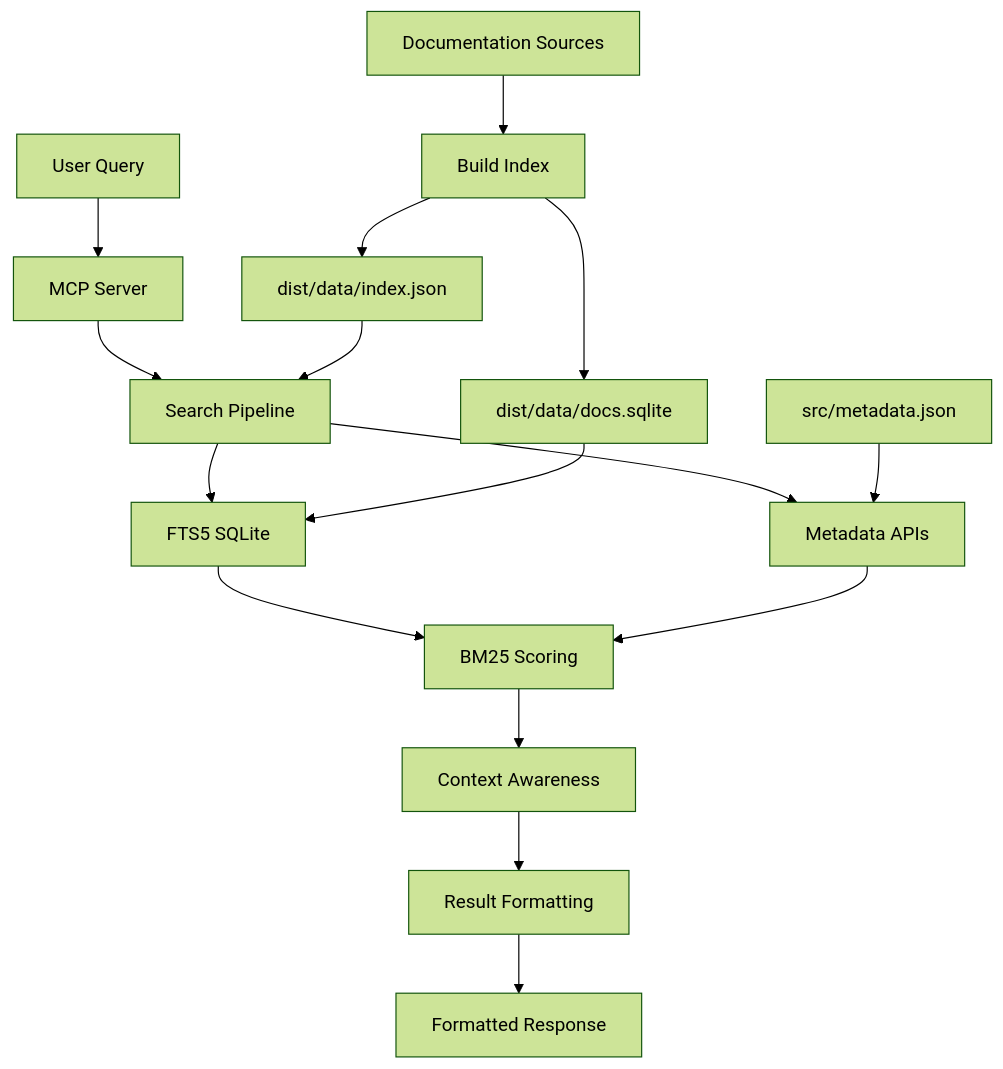
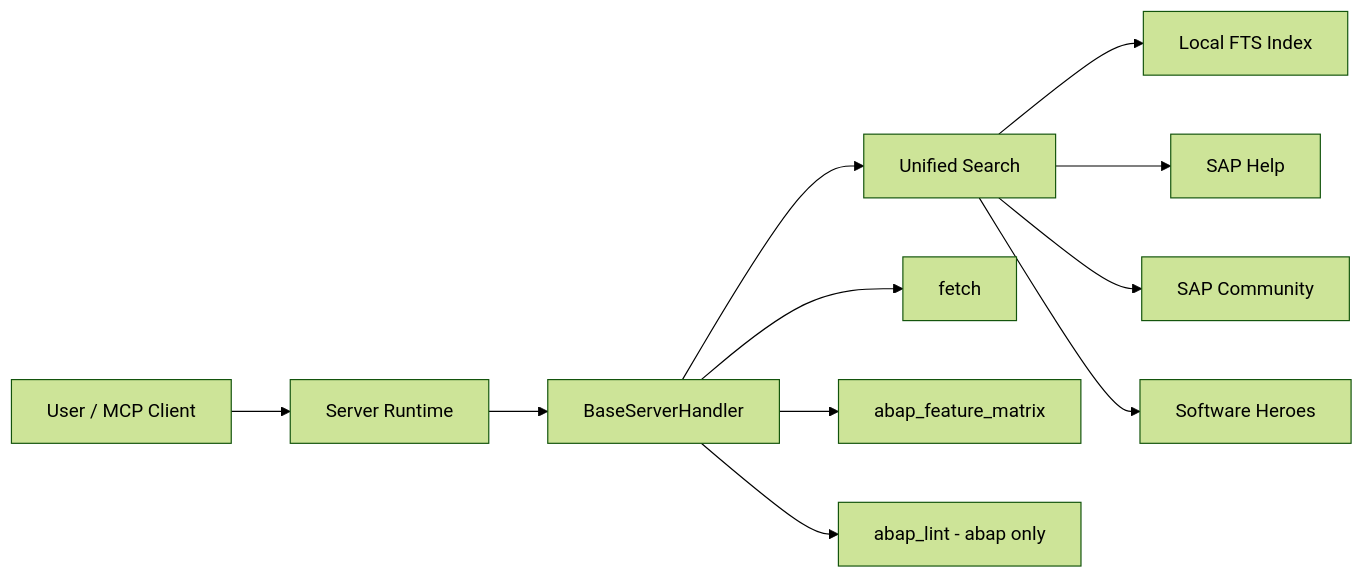
Before and after one commit to marianfoo/mcp-sap-docs: the first of 2 diagrams in docs/ARCHITECTURE.md, drawn with Mermaid (forest theme). The commit also changed other lines of this file and 55 other files, not shown here.

First line of the commit message:
feat: unify sap-docs/abap via variants and enable one-way upstream sync

````diff
--- a/docs/ARCHITECTURE.md
+++ b/docs/ARCHITECTURE.md
@@ -5,20 +16,13 @@
 ```mermaid
-graph TD
-    A[User Query] --> B[MCP Server]
-    B --> C[Search Pipeline]
-    C --> D[FTS5 SQLite]
-    C --> E[Metadata APIs]
-    D --> F[BM25 Scoring]
-    E --> F
-    F --> G[Context Awareness]
-    G --> H[Result Formatting]
-    H --> I[Formatted Response]
-    
-    J[Documentation Sources] --> K[Build Index]
-    K --> L[dist/data/index.json]
-    K --> M[dist/data/docs.sqlite]
-    L --> C
-    M --> D
-    
-    N[src/metadata.json] --> E
+flowchart LR
+  A[User / MCP Client] --> B[Server Runtime]
+  B --> C[BaseServerHandler]
+  C --> D[Unified Search]
+  D --> E[Local FTS Index]
+  D --> F[SAP Help]
+  D --> G[SAP Community]
+  D --> H[Software Heroes]
+  C --> I[fetch]
+  C --> J[abap_feature_matrix]
+  C --> K[abap_lint - abap only]
 ```
````
